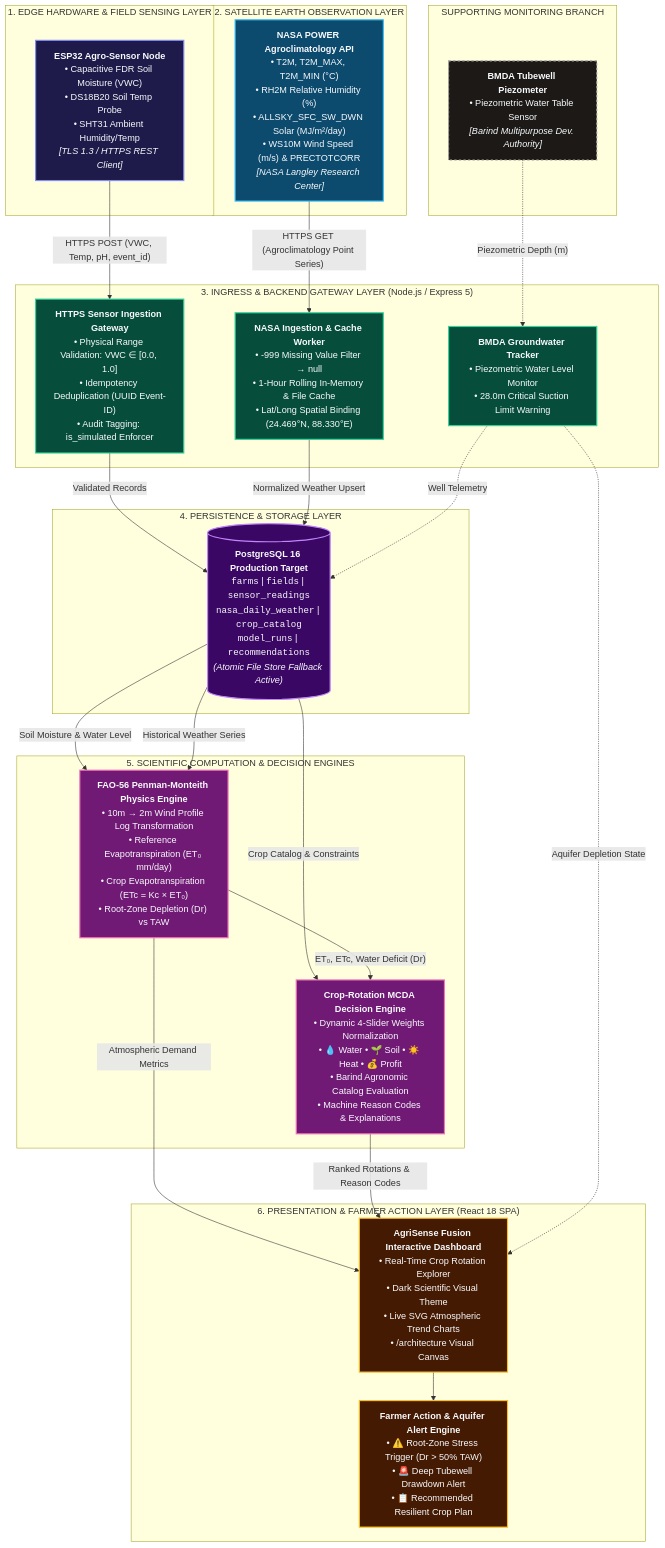
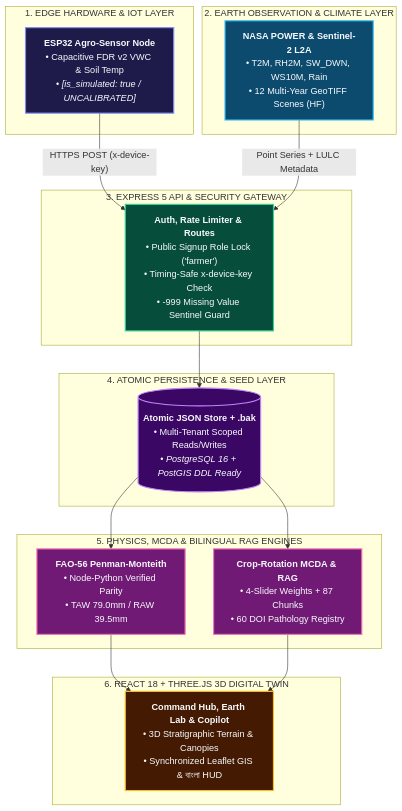
The first of 5 diagrams in README.md (ASHIK311/agrisense-fusion), drawn with Mermaid before and after one commit. The commit also changed other lines of this file and 8 other files, not shown here.

````diff
--- a/README.md
+++ b/README.md
@@ -50,64 +218,42 @@
 ```mermaid
 graph TB
-  %% Class Definitions with Distinct Colors
   classDef edgeLayer fill:#1e1b4b,stroke:#818cf8,stroke-width:2px,color:#f8fafc;
   classDef satLayer fill:#0c4a6e,stroke:#38bdf8,stroke-width:2px,color:#f8fafc;
   classDef ingressLayer fill:#064e3b,stroke:#34d399,stroke-width:2px,color:#f8fafc;
   classDef storeLayer fill:#3b0764,stroke:#c084fc,stroke-width:2px,color:#f8fafc;
   classDef scienceLayer fill:#701a75,stroke:#f472b6,stroke-width:2px,color:#f8fafc;
   classDef uiLayer fill:#451a03,stroke:#fbbf24,stroke-width:2px,color:#f8fafc;
-  classDef supportLayer fill:#1c1917,stroke:#a8a29e,stroke-width:2px,stroke-dasharray: 4 4,color:#f8fafc;
 
-  subgraph Layer1["1. EDGE HARDWARE & FIELD SENSING LAYER"]
-    ESP32["<b>ESP32 Agro-Sensor Node</b><br/>• Capacitive FDR Soil Moisture (VWC)<br/>• DS18B20 Soil Temp Probe<br/>• SHT31 Ambient Humidity/Temp<br/><i>[TLS 1.3 / HTTPS REST Client]</i>"]:::edgeLayer
+  subgraph L1["1. EDGE HARDWARE & IOT LAYER"]
+    ESP32["<b>ESP32 Agro-Sensor Node</b><br/>• Capacitive FDR v2 VWC &amp; Soil Temp<br/>• <i>[is_simulated: true / UNCALIBRATED]</i>"]:::edgeLayer
   end
 
-  subgraph Layer2["2. SATELLITE EARTH OBSERVATION LAYER"]
-    NASA["<b>NASA POWER Agroclimatology API</b><br/>• T2M, T2M_MAX, T2M_MIN (°C)<br/>• RH2M Relative Humidity (%)<br/>• ALLSKY_SFC_SW_DWN Solar (MJ/m²/day)<br/>• WS10M Wind Speed (m/s) & PRECTOTCORR<br/><i>[NASA Langley Research Center]</i>"]:::satLayer
+  subgraph L2["2. EARTH OBSERVATION & CLIMATE LAYER"]
+    NASA["<b>NASA POWER &amp; Sentinel-2 L2A</b><br/>• T2M, RH2M, SW_DWN, WS10M, Rain<br/>• 12 Multi-Year GeoTIFF Scenes (HF)"]:::satLayer
   end
 
-  subgraph Layer3["3. INGRESS & BACKEND GATEWAY LAYER (Node.js / Express 5)"]
-    IngressAPI["<b>HTTPS Sensor Ingestion Gateway</b><br/>• Physical Range Validation: VWC ∈ [0.0, 1.0]<br/>• Idempotency Deduplication (UUID Event-ID)<br/>• Audit Tagging: is_simulated Enforcer"]:::ingressLayer
-    NASAWorker["<b>NASA Ingestion & Cache Worker</b><br/>• -999 Missing Value Filter → null<br/>• 1-Hour Rolling In-Memory & File Cache<br/>• Lat/Long Spatial Binding (24.469°N, 88.330°E)"]:::ingressLayer
-    GWWorker["<b>BMDA Groundwater Tracker</b><br/>• Piezometric Water Level Monitor<br/>• 28.0m Critical Suction Limit Warning"]:::ingressLayer
+  subgraph L3["3. EXPRESS 5 API & SECURITY GATEWAY"]
+    GW["<b>Auth, Rate Limiter &amp; Routes</b><br/>• Public Signup Role Lock ('farmer')<br/>• Timing-Safe x-device-key Check<br/>• -999 Missing Value Sentinel Guard"]:::ingressLayer
   end
 
-  subgraph Layer4["4. PERSISTENCE & STORAGE LAYER"]
-    DB[("<b>PostgreSQL 16 Production Target</b><br/><code>farms</code> | <code>fields</code> | <code>sensor_readings</code><br/><code>nasa_daily_weather</code> | <code>crop_catalog</code><br/><code>model_runs</code> | <code>recommendations</code><br/><i>(Atomic File Store Fallback Active)</i>")]:::storeLayer
+  subgraph L4["4. ATOMIC PERSISTENCE & SEED LAYER"]
+    DB[("<b>Atomic JSON Store + .bak</b><br/>• Multi-Tenant Scoped Reads/Writes<br/>• <i>PostgreSQL 16 + PostGIS DDL Ready</i>")]:::storeLayer
   end
 
-  subgraph Layer5["5. SCIENTIFIC COMPUTATION & DECISION ENGINES"]
-    FAO56["<b>FAO-56 Penman-Monteith Physics Engine</b><br/>• 10m → 2m Wind Profile Log Transformation<br/>• Reference Evapotranspiration (ET₀ mm/day)<br/>• Crop Evapotranspiration (ETc = Kc × ET₀)<br/>• Root-Zone Depletion (Dr) vs TAW"]:::scienceLayer
-    MCDA["<b>Crop-Rotation MCDA Decision Engine</b><br/>• Dynamic 4-Slider Weights Normalization<br/>• 💧 Water • 🌱 Soil • ☀️ Heat • 💰 Profit<br/>• Barind Agronomic Catalog Evaluation<br/>• Machine Reason Codes & Explanations"]:::scienceLayer
+  subgraph L5["5. PHYSICS, MCDA & BILINGUAL RAG ENGINES"]
+    FAO["<b>FAO-56 Penman-Monteith</b><br/>• Node-Python Verified Parity<br/>• TAW 79.0mm / RAW 39.5mm"]:::scienceLayer
+    MCDA["<b>Crop-Rotation MCDA &amp; RAG</b><br/>• 4-Slider Weights + 87 Chunks<br/>• 60 DOI Pathology Registry"]:::scienceLayer
   end
 
-  subgraph Layer6["6. PRESENTATION & FARMER ACTION LAYER (React 18 SPA)"]
-    Dashboard["<b>AgriSense Fusion Interactive Dashboard</b><br/>• Real-Time Crop Rotation Explorer<br/>• Dark Scientific Visual Theme<br/>• Live SVG Atmospheric Trend Charts<br/>• /architecture Visual Canvas"]:::uiLayer
-    AlertSystem["<b>Farmer Action & Aquifer Alert Engine</b><br/>• ⚠️ Root-Zone Stress Trigger (Dr > 50% TAW)<br/>• 🚨 Deep Tubewell Drawdown Alert<br/>• 📋 Recommended Resilient Crop Plan"]:::uiLayer
+  subgraph L6["6. REACT 18 + THREE.JS 3D DIGITAL TWIN"]
+    UI["<b>Command Hub, Earth Lab &amp; Copilot</b><br/>• 3D Stratigraphic Terrain &amp; Canopies<br/>• Synchronized Leaflet GIS &amp; বাংলা HUD"]:::uiLayer
   end
 
-  subgraph LayerSupport["SUPPORTING MONITORING BRANCH"]
-    BMDA["<b>BMDA Tubewell Piezometer</b><br/>• Piezometric Water Table Sensor<br/><i>[Barind Multipurpose Dev. Authority]</i>"]:::supportLayer
-  end
-
-  %% Data Pipelines
-  ESP32 -- "HTTPS POST (VWC, Temp, pH, event_id)" --> IngressAPI
-  NASA -- "HTTPS GET (Agroclimatology Point Series)" --> NASAWorker
-  BMDA -. "Piezometric Depth (m)" .-> GWWorker
-
-  IngressAPI -- "Validated Records" --> DB
-  NASAWorker -- "Normalized Weather Upsert" --> DB
-  GWWorker -. "Well Telemetry" .-> DB
-
-  DB -- "Soil Moisture & Water Level" --> FAO56
-  DB -- "Historical Weather Series" --> FAO56
-  DB -- "Crop Catalog & Constraints" --> MCDA
-
-  FAO56 -- "ET₀, ETc, Water Deficit (Dr)" --> MCDA
-  FAO56 -- "Atmospheric Demand Metrics" --> Dashboard
-
-  MCDA -- "Ranked Rotations & Reason Codes" --> Dashboard
-  GWWorker -. "Aquifer Depletion State" .-> Dashboard
-
-  Dashboard --> AlertSystem
+  ESP32 -- "HTTPS POST (x-device-key)" --> GW
+  NASA -- "Point Series + LULC Metadata" --> GW
+  GW --> DB
+  DB --> FAO
+  DB --> MCDA
+  FAO --> UI
+  MCDA --> UI
 ```
````
